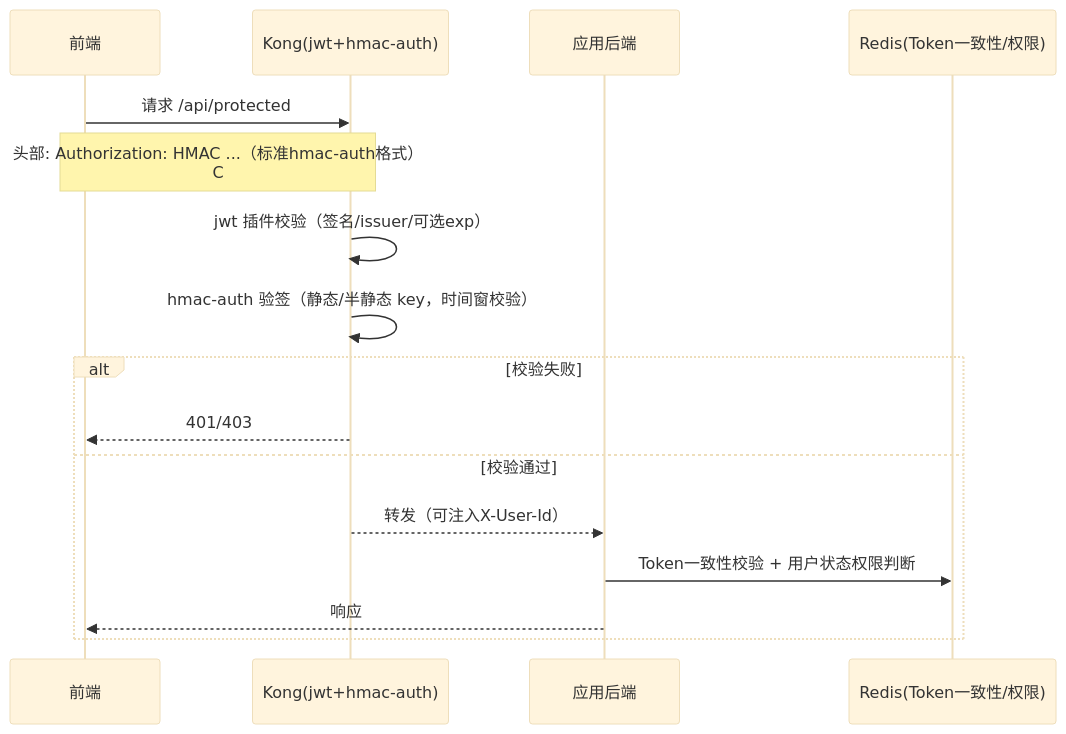
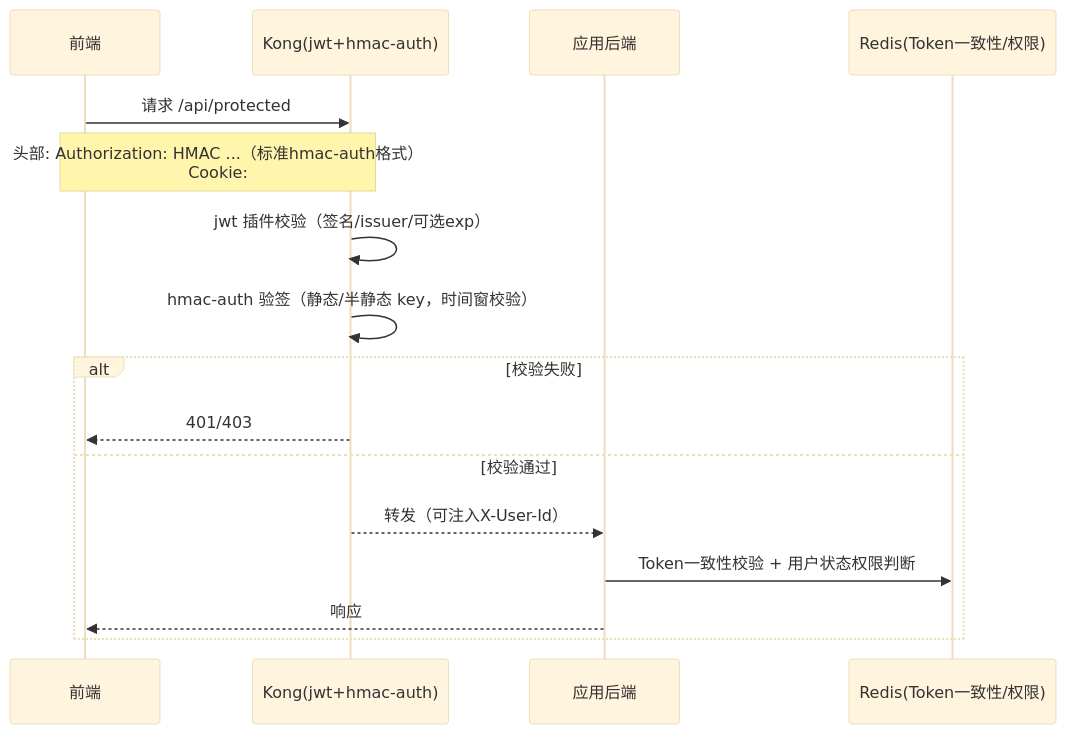
The diagram in all/未命名-3.md (yingjianzh/iodraw-files), drawn with Mermaid (base theme) before and after one commit.

Commit message:
2025-10-14 17:19:04 update

````diff
--- a/all/未命名-3.md
+++ b/all/未命名-3.md
@@ -1,20 +1,20 @@
 ```mermaid
 sequenceDiagram
     participant FE as 前端
     participant Kong as Kong(jwt+hmac-auth)
     participant App as 应用后端
     participant Redis as Redis(Token一致性/权限)
 
     FE->>Kong: 请求 /api/protected
-    Note over FE,Kong: 头部: Authorization: HMAC ...（标准hmac-auth格式）<br/>C
+    Note over FE,Kong: 头部: Authorization: HMAC ...（标准hmac-auth格式）<br/>Cookie: 
 
     Kong->>Kong: jwt 插件校验（签名/issuer/可选exp）
     Kong->>Kong: hmac-auth 验签（静态/半静态 key，时间窗校验）
     alt 校验失败
       Kong-->>FE: 401/403
     else 校验通过
       Kong-->>App: 转发（可注入X-User-Id）
       App->>Redis: Token一致性校验 + 用户状态权限判断
       App-->>FE: 响应
     end
 ```
````
